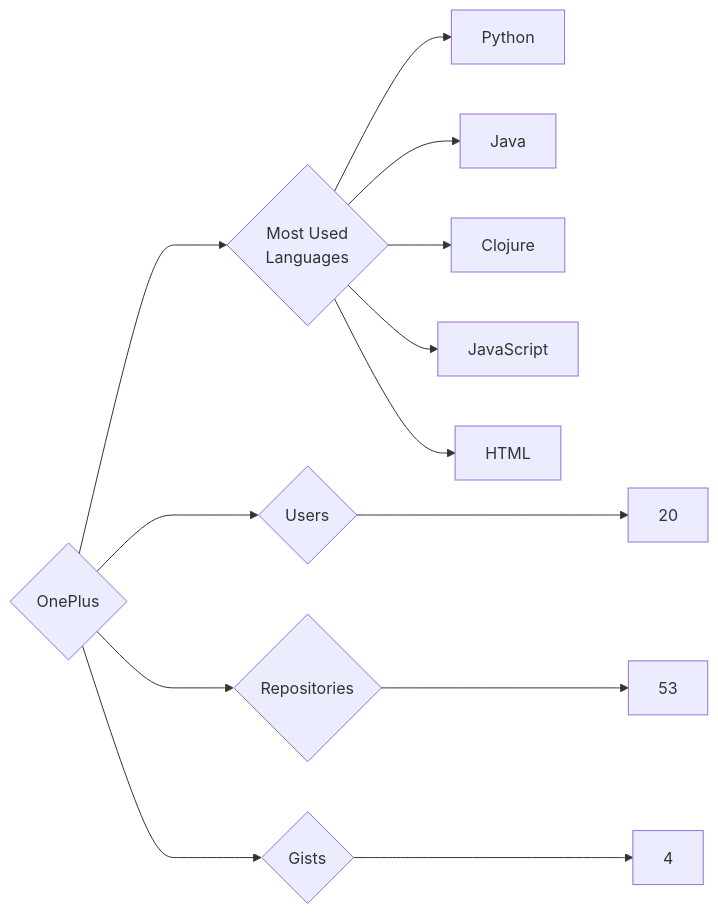
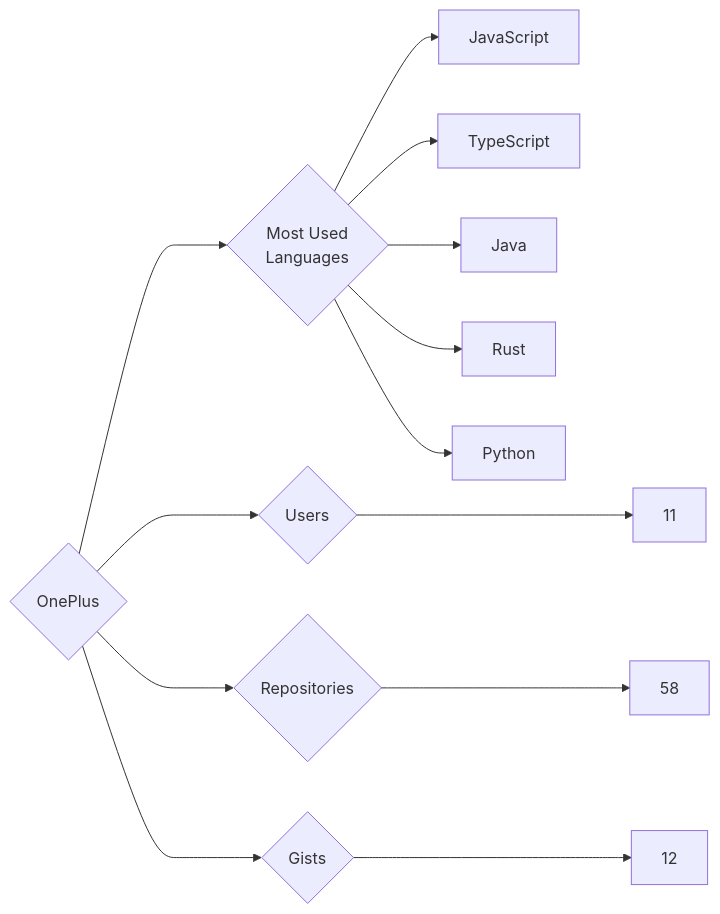
The diagram in targets/OnePlus/README.md (trickest/insiders), drawn with Mermaid before and after one commit. The commit also changed 1484 other files, not shown here.

````diff
--- a/targets/OnePlus/README.md
+++ b/targets/OnePlus/README.md
@@ -3,13 +3,13 @@
 ```mermaid
 graph LR
 COMPANY_NAME{OnePlus}
-COMPANY_NAME ---> U{Users} ---> UN[20]
-COMPANY_NAME ---> R{Repositories} ---> RN[53]
-COMPANY_NAME ---> G{Gists} ---> GN[4]
+COMPANY_NAME ---> U{Users} ---> UN[11]
+COMPANY_NAME ---> R{Repositories} ---> RN[58]
+COMPANY_NAME ---> G{Gists} ---> GN[12]
 COMPANY_NAME ---> ML{Most Used<br>Languages}
+ML --> JavaScript[JavaScript]
+ML --> TypeScript[TypeScript]
+ML --> Java[Java]
+ML --> Rust[Rust]
 ML --> Python[Python]
-ML --> Java[Java]
-ML --> Clojure[Clojure]
-ML --> JavaScript[JavaScript]
-ML --> HTML[HTML]
 ```
````
